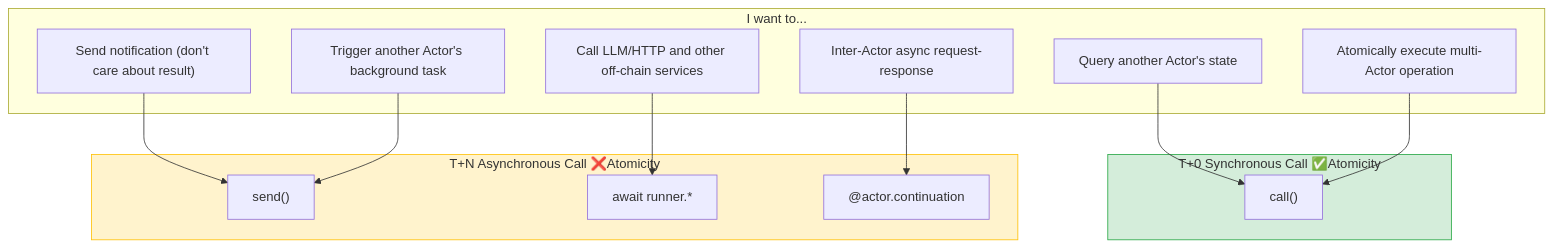
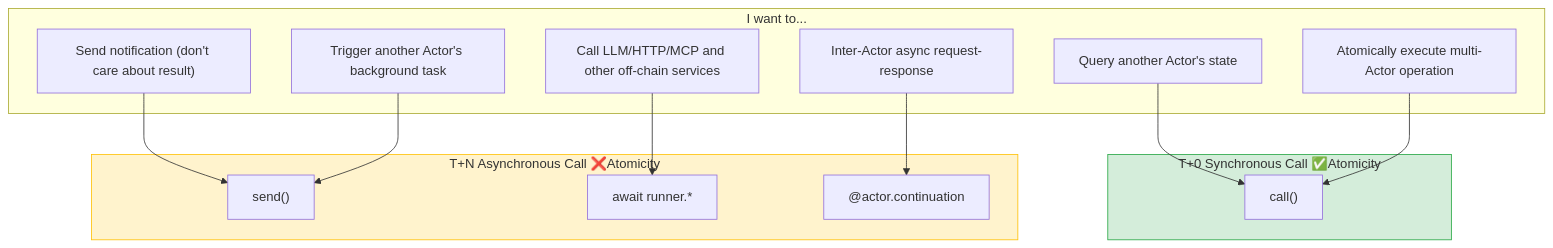
The second of 3 diagrams in whitepaper/Cowboy_An_Actor-Model_Layer1 with Verifiable_Off-Chain_Compute(Sugguestion-SDK Ergonomics)_v3_EN.md (shawhanken/refs), drawn with Mermaid before and after one commit. The commit also changed other lines of this file and 15 other files, not shown here.

````diff
--- a/whitepaper/Cowboy_An_Actor-Model_Layer1 with Verifiable_Off-Chain_Compute(Sugguestion-SDK Ergonomics)_v3_EN.md
+++ b/whitepaper/Cowboy_An_Actor-Model_Layer1 with Verifiable_Off-Chain_Compute(Sugguestion-SDK Ergonomics)_v3_EN.md
@@ -809,31 +809,31 @@
 ```mermaid
 flowchart TD
     subgraph Requirements["I want to..."]
         Q1["Query another Actor's state"]
         Q2["Atomically execute multi-Actor operation"]
         Q3["Send notification (don't care about result)"]
         Q4["Trigger another Actor's background task"]
-        Q5["Call LLM/HTTP and other off-chain services"]
+        Q5["Call LLM/HTTP/MCP and other off-chain services"]
         Q6["Inter-Actor async request-response"]
     end
 
     subgraph Synchronous["T+0 Synchronous Call ✅Atomicity"]
         CALL["call()"]
     end
 
     subgraph Asynchronous["T+N Asynchronous Call ❌Atomicity"]
         SEND["send()"]
         RUNNER["await runner.*"]
         ACTOR_CONT["@actor.continuation"]
     end
 
     Q1 --> CALL
     Q2 --> CALL
     Q3 --> SEND
     Q4 --> SEND
     Q5 --> RUNNER
     Q6 --> ACTOR_CONT
 
     style Synchronous fill:#d4edda,stroke:#28a745
     style Asynchronous fill:#fff3cd,stroke:#ffc107
 ```
````
